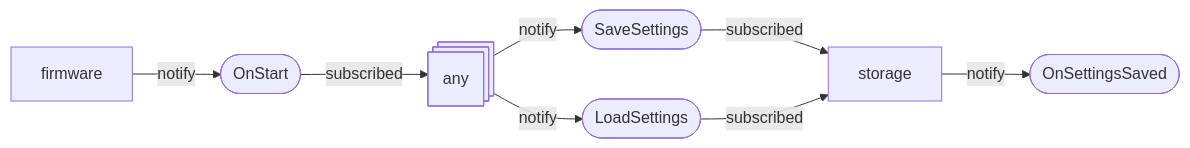
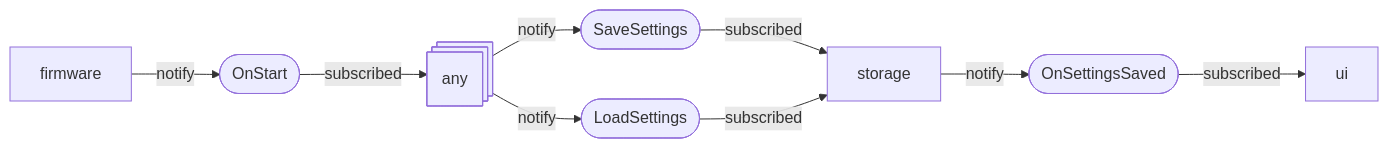
Before and after one commit to afpineda/OpenSourceSimWheelESP32: the fourth of 9 diagrams in doc/firmware/FirmwareArchitecture_en.md, drawn with Mermaid. The commit also changed other lines of this file, not shown here.

````diff
--- a/doc/firmware/FirmwareArchitecture_en.md
+++ b/doc/firmware/FirmwareArchitecture_en.md
@@ -265,12 +269,13 @@
   ```mermaid
   flowchart LR
     OnStart@{ shape: stadium }
     LoadSettings@{ shape: stadium }
     SaveSettings@{ shape: stadium }
     OnSettingsSaved@{ shape: stadium }
     any@{ shape: procs }
     firmware -- notify --> OnStart -- subscribed --> any
     any -- notify --> SaveSettings -- subscribed --> storage
     any -- notify --> LoadSettings -- subscribed --> storage
     storage -- notify --> OnSettingsSaved
+    OnSettingsSaved -- subscribed --> ui
   ```
````
